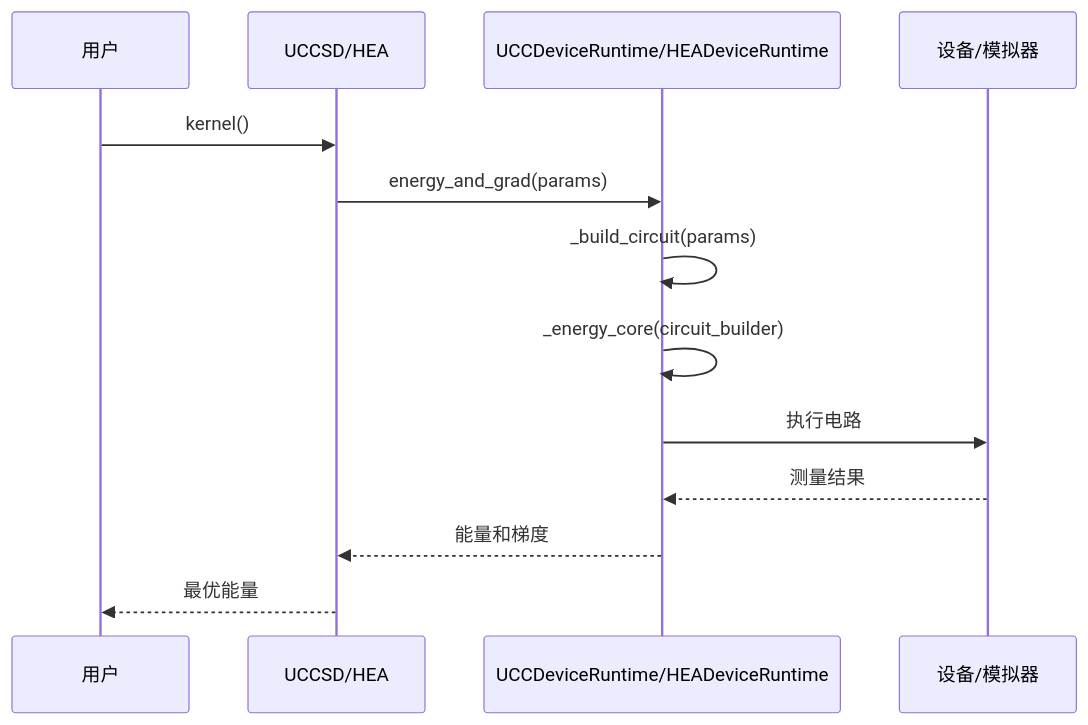
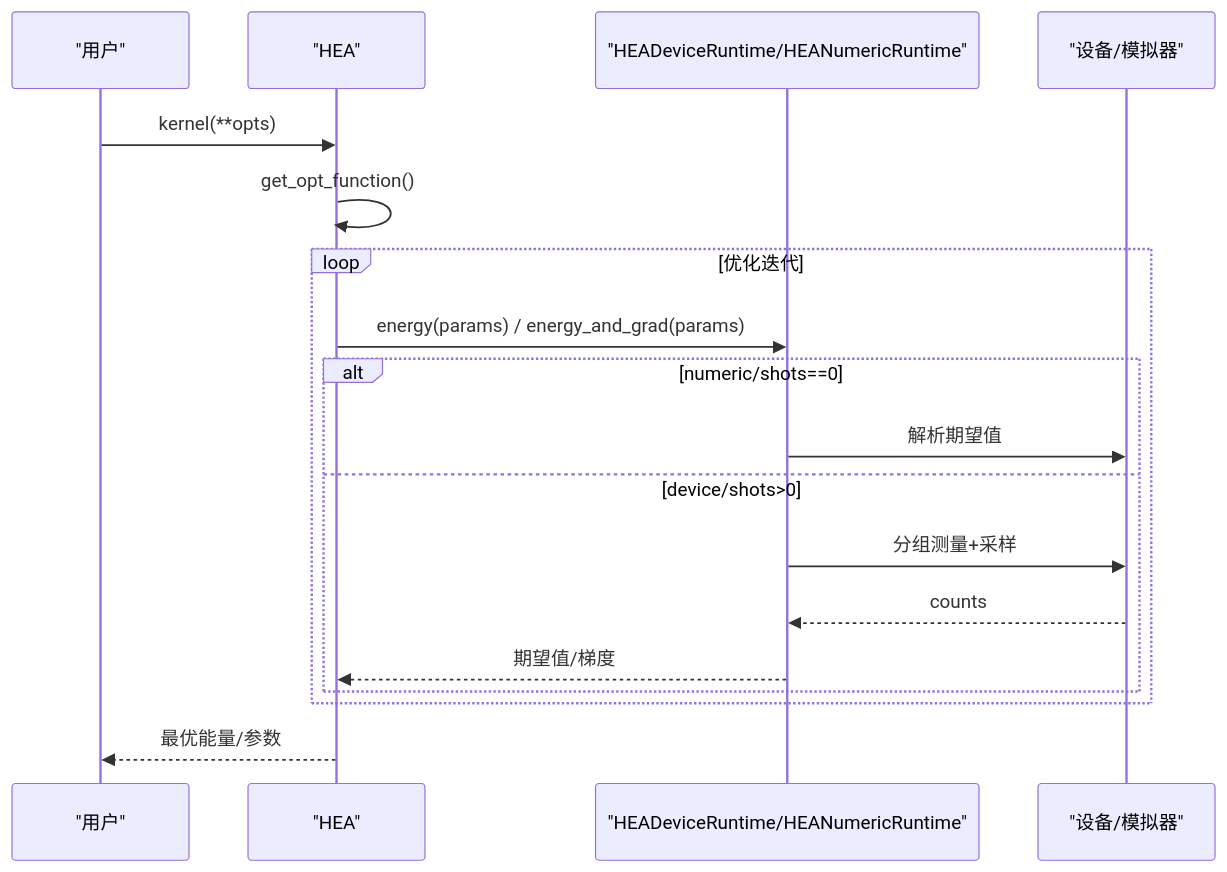
The fifth of 9 diagrams in .qoder/repowiki/zh/content/量子化学应用/量子化学应用.md (QureGenAI-Biotech/TyxonQ), drawn with Mermaid before and after one commit. The commit also changed other lines of this file and 516 other files, not shown here.

````diff
--- a/.qoder/repowiki/zh/content/量子化学应用/量子化学应用.md
+++ b/.qoder/repowiki/zh/content/量子化学应用/量子化学应用.md
@@ -204,15 +185,20 @@
 ```mermaid
 sequenceDiagram
-participant 用户 as 用户
-participant 算法 as UCCSD/HEA
-participant 运行时 as UCCDeviceRuntime/HEADeviceRuntime
-participant 设备 as 设备/模拟器
-用户->>算法 : kernel()
-算法->>运行时 : energy_and_grad(params)
-运行时->>运行时 : _build_circuit(params)
-运行时->>运行时 : _energy_core(circuit_builder)
-运行时->>设备 : 执行电路
-设备-->>运行时 : 测量结果
-运行时-->>算法 : 能量和梯度
-算法-->>用户 : 最优能量
+participant U as "用户"
+participant HEA as "HEA"
+participant RT as "HEADeviceRuntime/HEANumericRuntime"
+participant Dev as "设备/模拟器"
+U->>HEA : kernel(**opts)
+HEA->>HEA : get_opt_function()
+loop 优化迭代
+HEA->>RT : energy(params) / energy_and_grad(params)
+alt numeric/shots==0
+RT->>Dev : 解析期望值
+else device/shots>0
+RT->>Dev : 分组测量+采样
+Dev-->>RT : counts
+RT-->>HEA : 期望值/梯度
+end
+end
+HEA-->>U : 最优能量/参数
 ```
````
